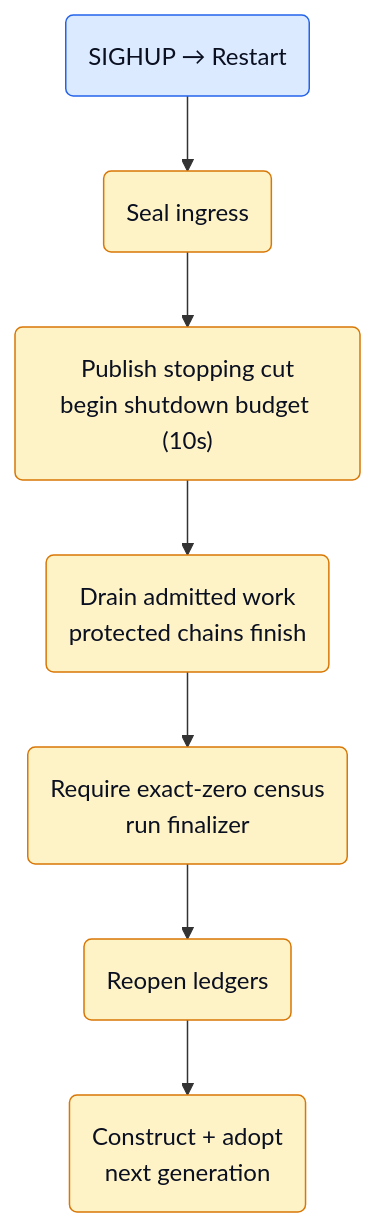
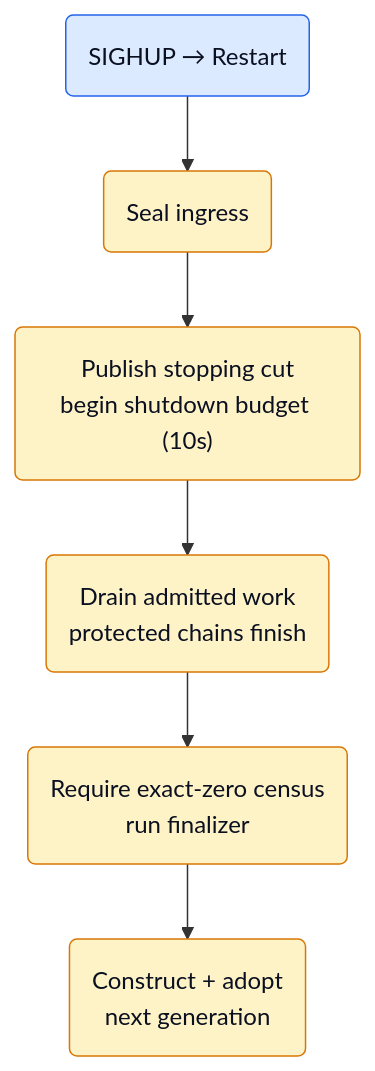
The sixth of 6 diagrams in src/go/plugin/agent/jobmgr/ARCHITECTURE.md (netdata/netdata), drawn with Mermaid before and after one commit. The commit also changed other lines of this file and 15 other files, not shown here.

````diff
--- a/src/go/plugin/agent/jobmgr/ARCHITECTURE.md
+++ b/src/go/plugin/agent/jobmgr/ARCHITECTURE.md
@@ -397,17 +398,16 @@
 ```mermaid
 flowchart TD
     HUP("SIGHUP → Restart")
     Seal("Seal ingress")
     Cut("Publish stopping cut<br/>begin shutdown budget (10s)")
     Drain("Drain admitted work<br/>protected chains finish")
     Census("Require exact-zero census<br/>run finalizer")
-    Reopen("Reopen ledgers")
     Next("Construct + adopt<br/>next generation")
 
-    HUP --> Seal --> Cut --> Drain --> Census --> Reopen --> Next
+    HUP --> Seal --> Cut --> Drain --> Census --> Next
 
     classDef ext fill:#dbeafe,stroke:#2563eb,color:#0b1021;
     classDef core fill:#fef3c7,stroke:#d97706,color:#0b1021;
     class HUP ext;
-    class Seal,Cut,Drain,Census,Reopen,Next core;
+    class Seal,Cut,Drain,Census,Next core;
 ```
````
